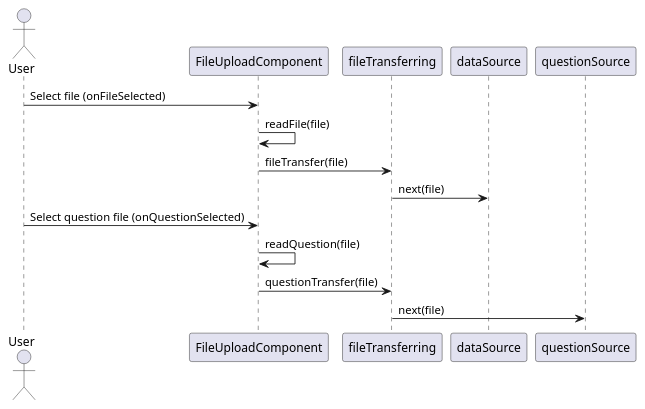
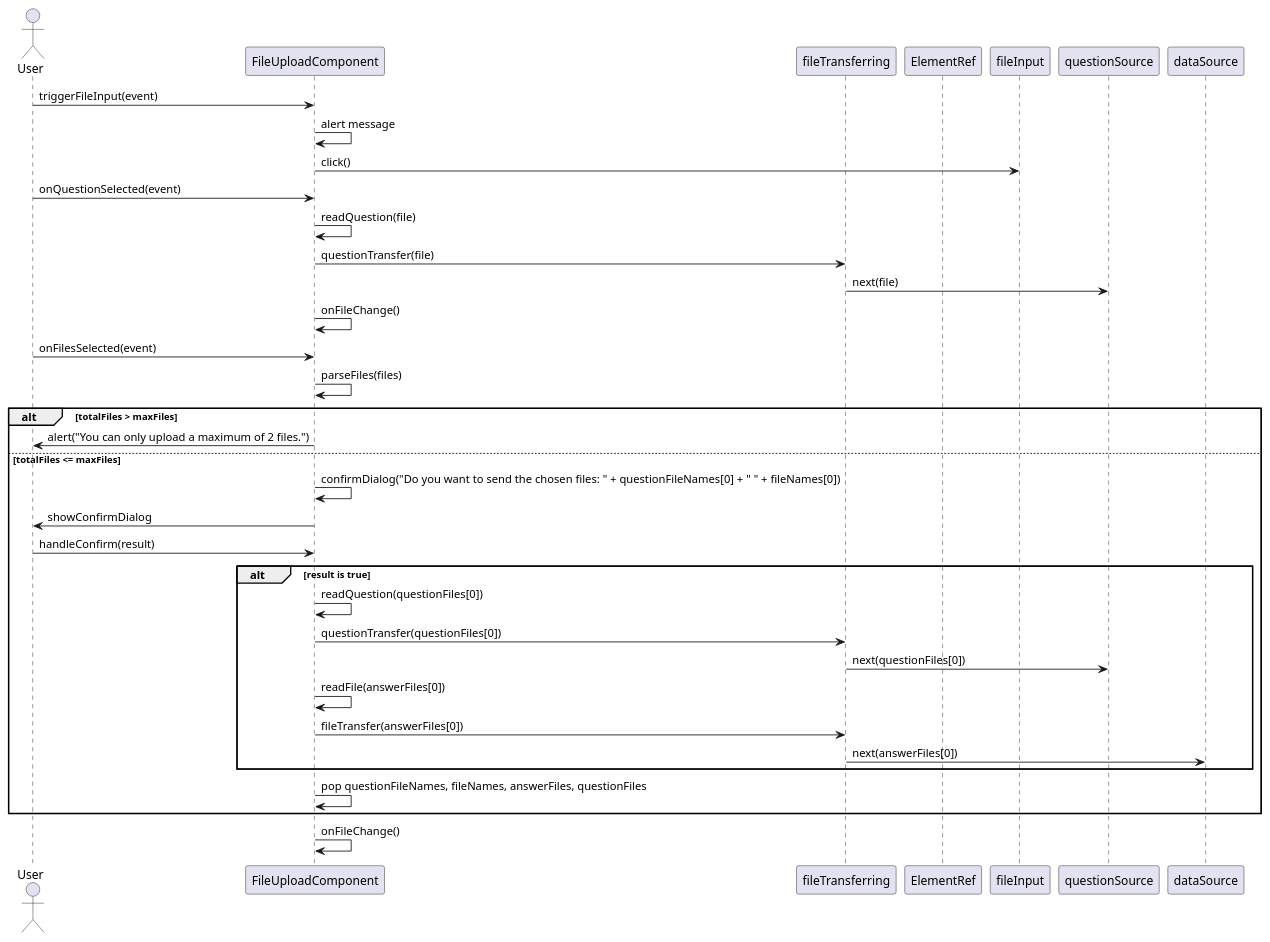
The diagram in Diagrams/Sequence Diagrams/Front End/file-uploadcomponent.wsd (NoahS20/Grad-Project), drawn with PlantUML before and after one commit. The commit also changed 8 other files, not shown here.

```diff
--- a/Diagrams/Sequence Diagrams/Front End/file-uploadcomponent.wsd
+++ b/Diagrams/Sequence Diagrams/Front End/file-uploadcomponent.wsd
@@ -1,17 +1,38 @@
 @startuml
 actor User
 
 participant FileUploadComponent
 participant fileTransferring
+participant ElementRef
 
-User -> FileUploadComponent: Select file (onFileSelected)
-FileUploadComponent -> FileUploadComponent: readFile(file)
-FileUploadComponent -> fileTransferring: fileTransfer(file)
-fileTransferring -> dataSource: next(file)
+User -> FileUploadComponent: triggerFileInput(event)
+FileUploadComponent -> FileUploadComponent: alert message
+FileUploadComponent -> fileInput: click()
 
-User -> FileUploadComponent: Select question file (onQuestionSelected)
+User -> FileUploadComponent: onQuestionSelected(event)
 FileUploadComponent -> FileUploadComponent: readQuestion(file)
 FileUploadComponent -> fileTransferring: questionTransfer(file)
 fileTransferring -> questionSource: next(file)
+FileUploadComponent -> FileUploadComponent: onFileChange()
+
+User -> FileUploadComponent: onFilesSelected(event)
+FileUploadComponent -> FileUploadComponent: parseFiles(files)
+alt totalFiles > maxFiles
+    FileUploadComponent -> User: alert("You can only upload a maximum of 2 files.")
+else totalFiles <= maxFiles
+    FileUploadComponent -> FileUploadComponent: confirmDialog("Do you want to send the chosen files: " + questionFileNames[0] + " " + fileNames[0])
+    FileUploadComponent -> User: showConfirmDialog
+    User -> FileUploadComponent: handleConfirm(result)
+    alt result is true
+        FileUploadComponent -> FileUploadComponent: readQuestion(questionFiles[0])
+        FileUploadComponent -> fileTransferring: questionTransfer(questionFiles[0])
+        fileTransferring -> questionSource: next(questionFiles[0])
+        FileUploadComponent -> FileUploadComponent: readFile(answerFiles[0])
+        FileUploadComponent -> fileTransferring: fileTransfer(answerFiles[0])
+        fileTransferring -> dataSource: next(answerFiles[0])
+    end
+    FileUploadComponent -> FileUploadComponent: pop questionFileNames, fileNames, answerFiles, questionFiles
+end
+FileUploadComponent -> FileUploadComponent: onFileChange()
 
 @enduml
```
